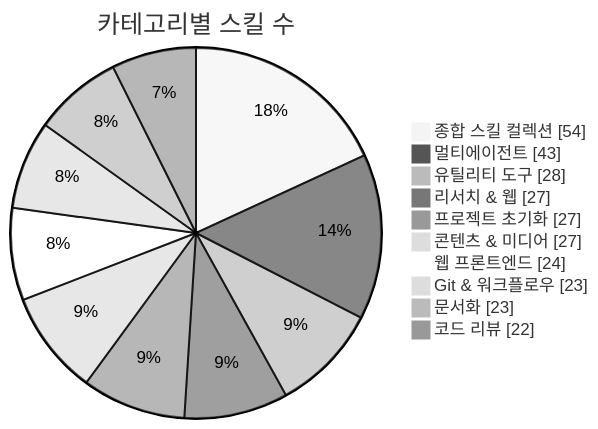
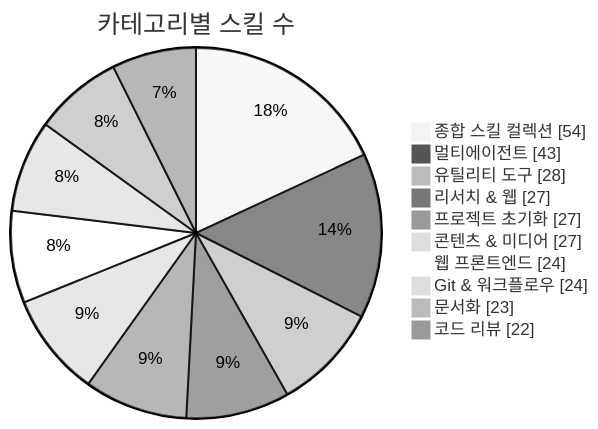
The first of 3 diagrams in README.md (J-nowcow/awesome-korean-agent-skills), drawn with Mermaid (neutral theme) before and after one commit. The commit also changed other lines of this file and 4 other files, not shown here.

````diff
--- a/README.md
+++ b/README.md
@@ -176,14 +176,14 @@
 ```mermaid
 pie showData
     title 카테고리별 스킬 수
     "종합 스킬 컬렉션" : 54
     "멀티에이전트" : 43
     "유틸리티 도구" : 28
     "리서치 & 웹" : 27
     "프로젝트 초기화" : 27
     "콘텐츠 & 미디어" : 27
     "웹 프론트엔드" : 24
-    "Git & 워크플로우" : 23
+    "Git & 워크플로우" : 24
     "문서화" : 23
     "코드 리뷰" : 22
 ```
````
